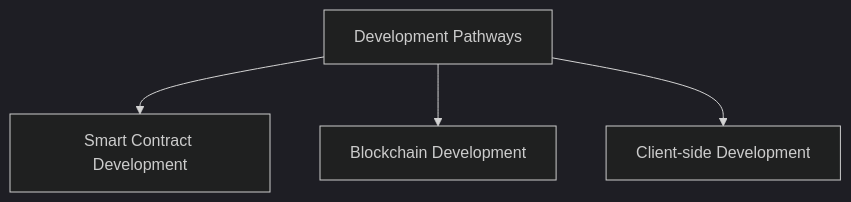
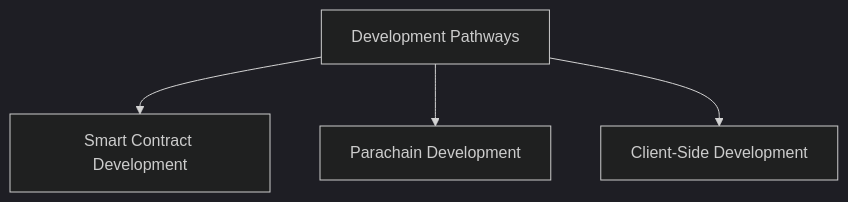
The diagram in develop/development-pathways.md (Telucero/polkadot-docs), drawn with Mermaid (dark theme) before and after one commit. The commit also changed other lines of this file and 190 other files, not shown here.

````diff
--- a/develop/development-pathways.md
+++ b/develop/development-pathways.md
@@ -15,7 +15,7 @@
 ```mermaid
 graph TD
     A[Development Pathways]
     A --> B[Smart Contract Development]
-    A --> C[Blockchain Development]
-    A --> D[Client-side Development]
+    A --> C[Parachain Development]
+    A --> D[Client-Side Development]
 ```
````
